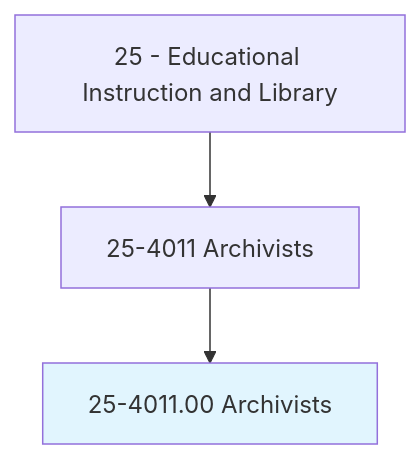
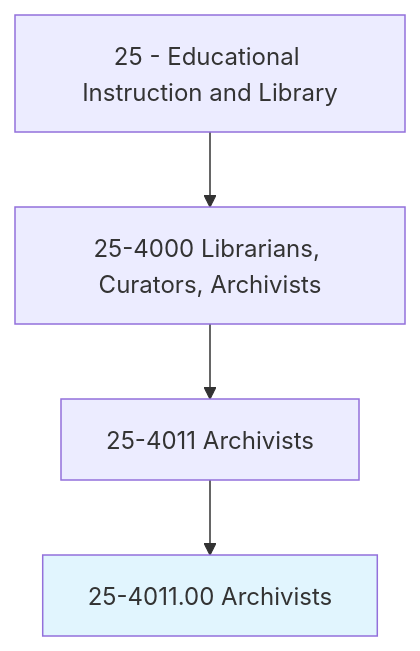
One commit to kziemski/business.org.ai changed the first of 4 diagrams in occupations/Education/Archivists.mdx. Above: the diagram before and after it, drawn with Mermaid. The commit also changed other lines of this file and 938 other files, not shown here.

````diff
--- a/occupations/Education/Archivists.mdx
+++ b/occupations/Education/Archivists.mdx
@@ -19,6 +23,7 @@
 ```mermaid
 graph TD
-    Cat25["25 - Educational Instruction and Library"] --> Group254011["25-4011 Archivists"]
+    Cat25["25 - Educational Instruction and Library"] --> Group254["25-4000 Librarians, Curators, Archivists"]
+    Group254 --> Group254011["25-4011 Archivists"]
     Group254011 --> Current["25-4011.00 Archivists"]
     style Current fill:#e1f5fe
 ```
````
